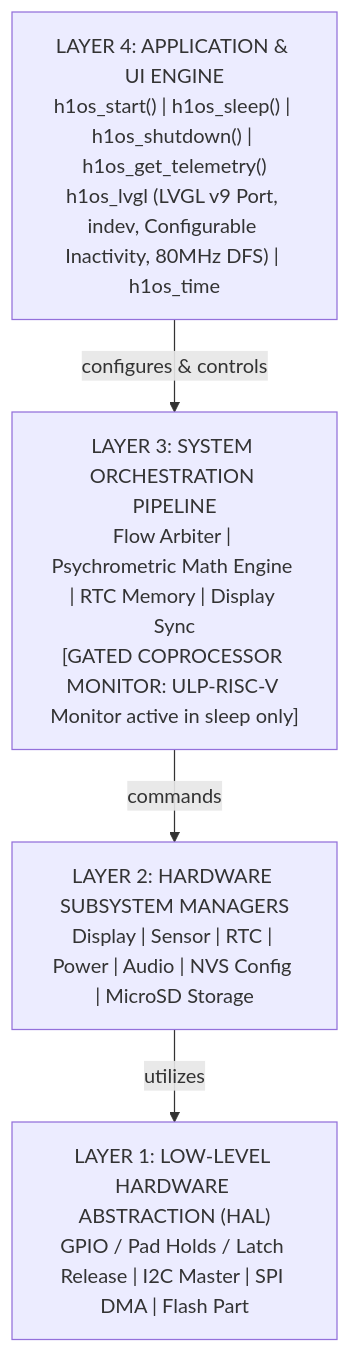
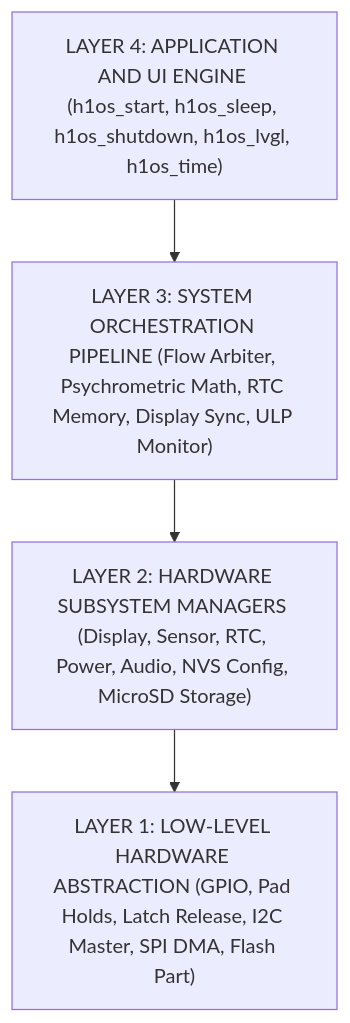
One commit to Humidyne-Labs/H1OS changed the diagram in docs/architecture/01_master.md. Above: the diagram before and after it, drawn with Mermaid. The commit also changed 12 other files, not shown here.

Commit message:
docs: convert all Mermaid diagrams to canonical GitHub graph TD/LR syntax

````diff
--- a/docs/architecture/01_master.md
+++ b/docs/architecture/01_master.md
@@ -13,6 +13,10 @@
 ```mermaid
-flowchart TD
-    L4["LAYER 4: APPLICATION & UI ENGINE<br/>h1os_start() | h1os_sleep() | h1os_shutdown() | h1os_get_telemetry()<br/>h1os_lvgl (LVGL v9 Port, indev, Configurable Inactivity, 80MHz DFS) | h1os_time"] -->|configures & controls| L3["LAYER 3: SYSTEM ORCHESTRATION PIPELINE<br/>Flow Arbiter | Psychrometric Math Engine | RTC Memory | Display Sync<br/>[GATED COPROCESSOR MONITOR: ULP-RISC-V Monitor active in sleep only]"]
-    L3 -->|commands| L2["LAYER 2: HARDWARE SUBSYSTEM MANAGERS<br/>Display | Sensor | RTC | Power | Audio | NVS Config | MicroSD Storage"]
-    L2 -->|utilizes| L1["LAYER 1: LOW-LEVEL HARDWARE ABSTRACTION (HAL)<br/>GPIO / Pad Holds / Latch Release | I2C Master | SPI DMA | Flash Part"]
+graph TD;
+    L4["LAYER 4: APPLICATION AND UI ENGINE (h1os_start, h1os_sleep, h1os_shutdown, h1os_lvgl, h1os_time)"];
+    L3["LAYER 3: SYSTEM ORCHESTRATION PIPELINE (Flow Arbiter, Psychrometric Math, RTC Memory, Display Sync, ULP Monitor)"];
+    L2["LAYER 2: HARDWARE SUBSYSTEM MANAGERS (Display, Sensor, RTC, Power, Audio, NVS Config, MicroSD Storage)"];
+    L1["LAYER 1: LOW-LEVEL HARDWARE ABSTRACTION (GPIO, Pad Holds, Latch Release, I2C Master, SPI DMA, Flash Part)"];
+    L4-->L3;
+    L3-->L2;
+    L2-->L1;
 ```
````
